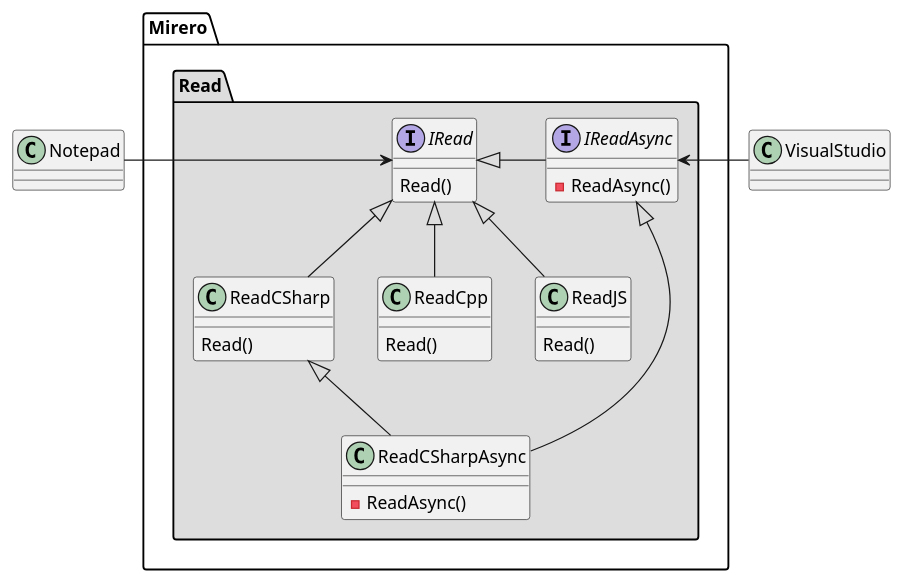
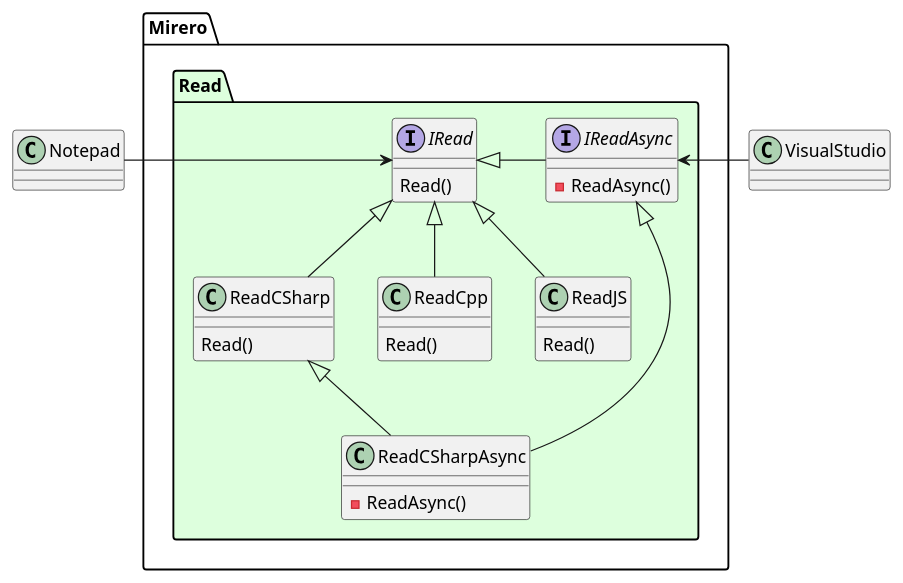
The seventh of 7 diagrams in 2019년 4월/1조/심승용/IRead와IReadAsync.md (embedded3144/NewAdaptiveCodeBook), drawn with PlantUML before and after one commit. The commit also changed other lines of this file, not shown here.

```diff
--- a/2019년 4월/1조/심승용/IRead와IReadAsync.md
+++ b/2019년 4월/1조/심승용/IRead와IReadAsync.md
@@ -138,40 +132,40 @@
 ~~~plantuml
 @startuml
 class Notepad
 class VisualStudio
-package "Mirero.Read" #DDDDDD {
+package "Mirero.Read" #DDFFDD {
 interface IRead 
 {
     Read()
 }
 interface IReadAsync
 {
     -ReadAsync()
 }
 class ReadCSharp
 {
     Read()
 }
 class ReadCpp
 {
     Read()
 }
 class ReadJS
 {
     Read()
 }
 class ReadCSharpAsync
 {
     - ReadAsync()
 }
 }
 Notepad -right-> IRead
 IRead <|-down- ReadCSharp
 IRead <|-down- ReadCpp
 IRead <|-down- ReadJS
 IRead <|-right- IReadAsync
 VisualStudio -left-> IReadAsync
 ReadCSharp <|-down- ReadCSharpAsync
 IReadAsync <|-down- ReadCSharpAsync
 @enduml
 ~~~
```
